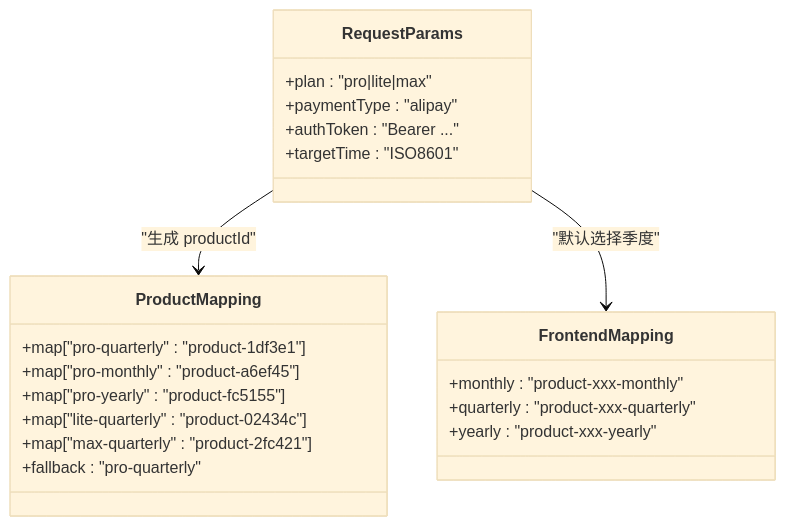
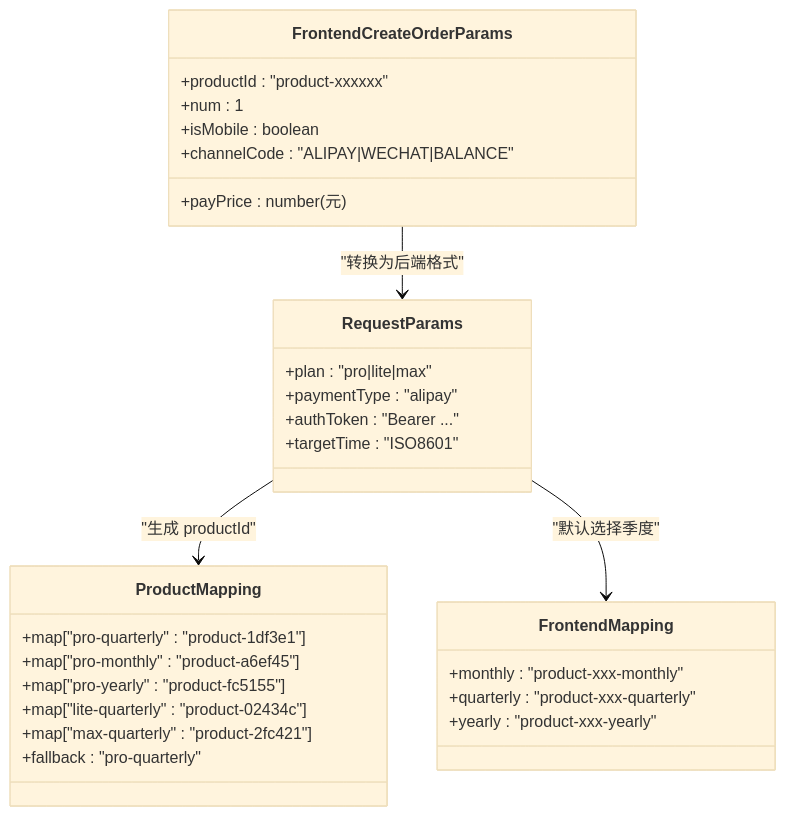
The fourth of 5 diagrams in .qoder/repowiki/zh/content/API参考/API模式抢购API.md (16499259-oss/GLM-sniper), drawn with Mermaid (base theme) before and after one commit. The commit also changed other lines of this file and 4 other files, not shown here.

````diff
--- a/.qoder/repowiki/zh/content/API参考/API模式抢购API.md
+++ b/.qoder/repowiki/zh/content/API参考/API模式抢购API.md
@@ -195,24 +204,32 @@
 ```mermaid
 classDiagram
 class ProductMapping {
 +map["pro-quarterly" : "product-1df3e1"]
 +map["pro-monthly" : "product-a6ef45"]
 +map["pro-yearly" : "product-fc5155"]
 +map["lite-quarterly" : "product-02434c"]
 +map["max-quarterly" : "product-2fc421"]
 +fallback : "pro-quarterly"
 }
 class FrontendMapping {
 +monthly : "product-xxx-monthly"
 +quarterly : "product-xxx-quarterly"
 +yearly : "product-xxx-yearly"
 }
 class RequestParams {
 +plan : "pro|lite|max"
 +paymentType : "alipay"
 +authToken : "Bearer ..."
 +targetTime : "ISO8601"
 }
+class FrontendCreateOrderParams {
++productId : "product-xxxxxx"
++num : 1
++payPrice : number (元)
++isMobile : boolean
++channelCode : "ALIPAY|WECHAT|BALANCE"
+}
 RequestParams --> ProductMapping : "生成 productId"
 RequestParams --> FrontendMapping : "默认选择季度"
+FrontendCreateOrderParams --> RequestParams : "转换为后端格式"
 ```
````
